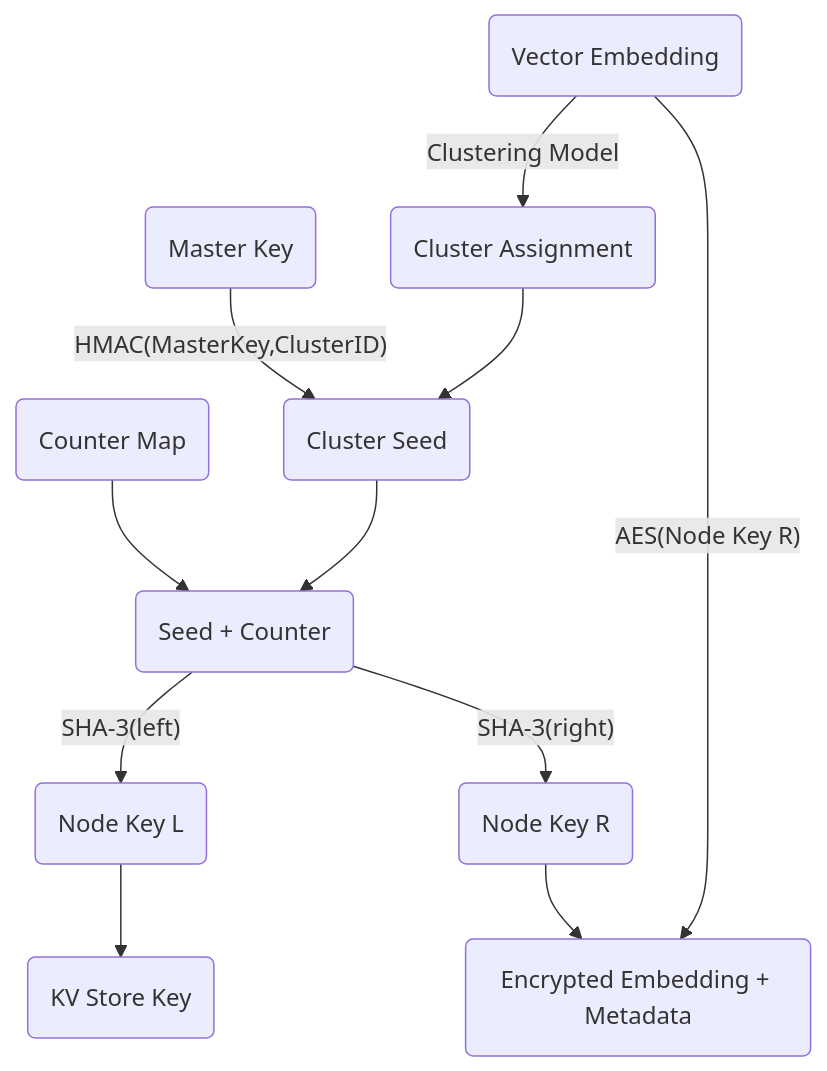
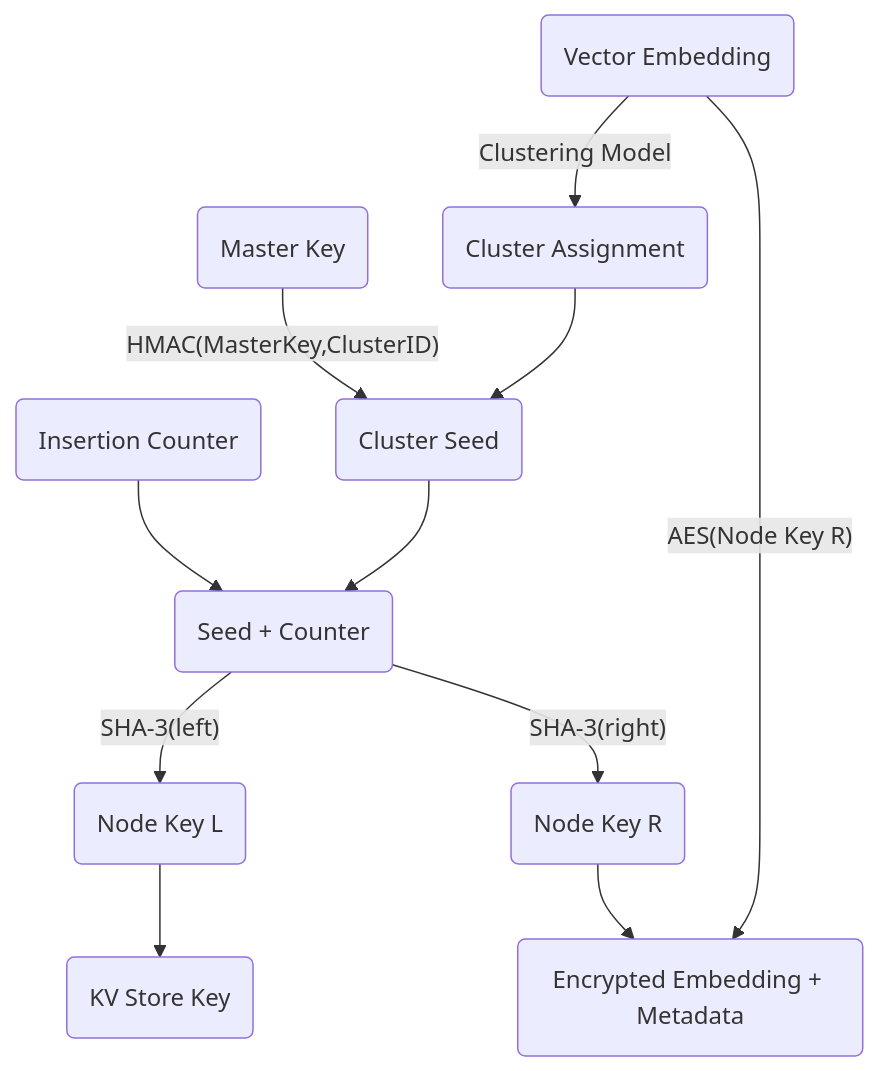
The first of 3 diagrams in versions/next/intro/encryption.mdx (cyborginc/cyborgdb-docs), drawn with Mermaid before and after one commit. The commit also changed other lines of this file and 88 other files, not shown here.

````diff
--- a/versions/next/intro/encryption.mdx
+++ b/versions/next/intro/encryption.mdx
@@ -55,18 +55,18 @@
 ```mermaid
 graph TD
     A(Vector Embedding) -->|"Clustering Model"| B(Cluster Assignment)
     
     MK(Master Key) -->|"HMAC(MasterKey,ClusterID)"| C(Cluster Seed)
     B --> C
     
-    CM(Counter Map) --> D(Seed + Counter)
+    CM(Insertion Counter) --> D(Seed + Counter)
     C --> D
     
     D -->|"SHA-3(left)"| E1(Node Key L)
     D -->|"SHA-3(right)"| E2(Node Key R)
     
     E1 --> F1(KV Store Key)
     E2 --> F2(Encrypted Embedding + Metadata)
     
     A --> |"AES(Node Key R)"| F2
 ```
````
